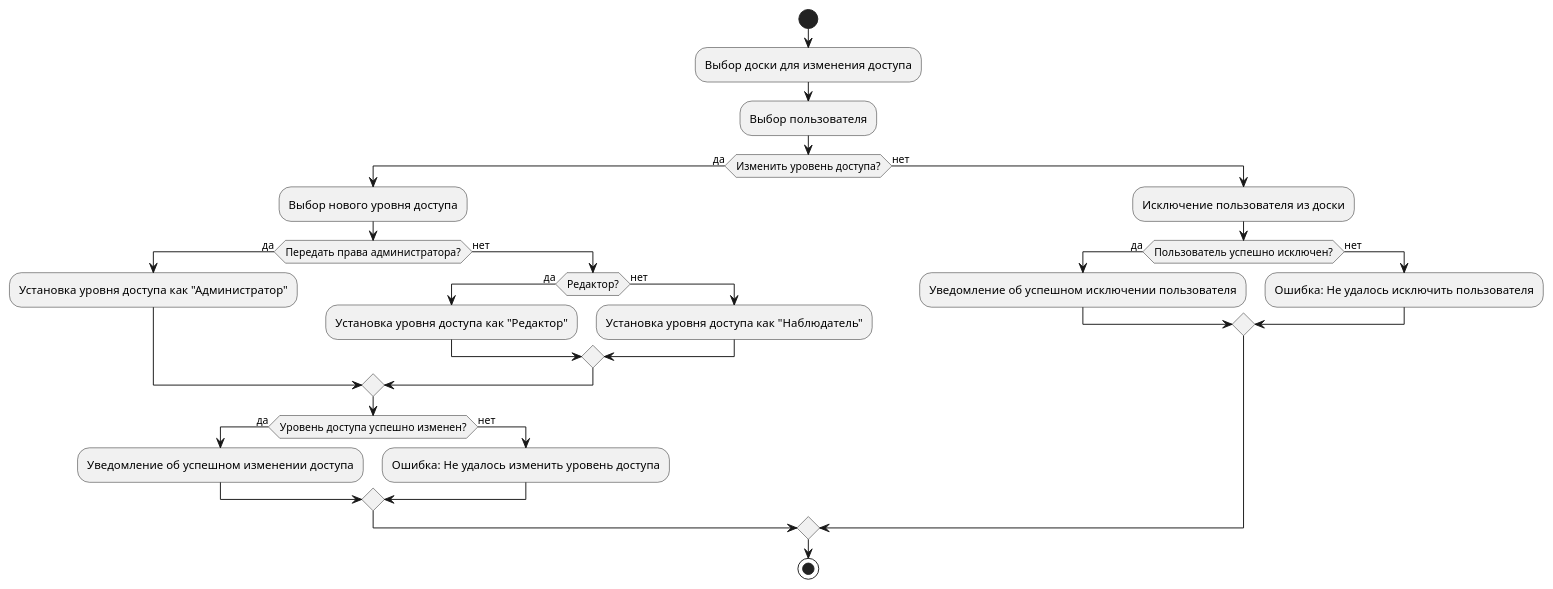
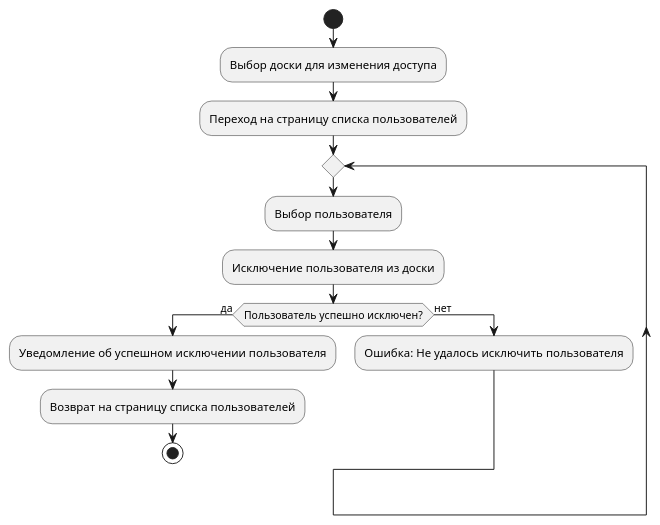
Before and after one commit to kemmed/KanbanApp: the diagram in doc/diagrams/UserManageAD.puml, drawn with PlantUML. The commit also changed 36 other files, not shown here.

```diff
--- a/doc/diagrams/UserManageAD.puml
+++ b/doc/diagrams/UserManageAD.puml
@@ -1,35 +1,16 @@
 @startuml UserManageAD
 start
 :Выбор доски для изменения доступа;
+:Переход на страницу списка пользователей;
+repeat
 :Выбор пользователя;
-
-if (Изменить уровень доступа?) then (да)
-    :Выбор нового уровня доступа;
-  
-    if (Передать права администратора?) then (да)
-        :Установка уровня доступа как "Администратор";
-    else (нет)
-        if (Редактор?) then (да)
-            :Установка уровня доступа как "Редактор";
-        else (нет)
-            :Установка уровня доступа как "Наблюдатель";
-        endif
-    endif
-
-    if (Уровень доступа успешно изменен?) then (да)
-        :Уведомление об успешном изменении доступа;
-    else (нет)
-        :Ошибка: Не удалось изменить уровень доступа;
-    endif
-else (нет)
-    :Исключение пользователя из доски;
-
-    if (Пользователь успешно исключен?) then (да)
+:Исключение пользователя из доски;
+     if (Пользователь успешно исключен?) then (да)
         :Уведомление об успешном исключении пользователя;
+        :Возврат на страницу списка пользователей;
+        stop
     else (нет)
         :Ошибка: Не удалось исключить пользователя;
     endif
-endif
-
-stop
+repeat while
 @enduml
```
